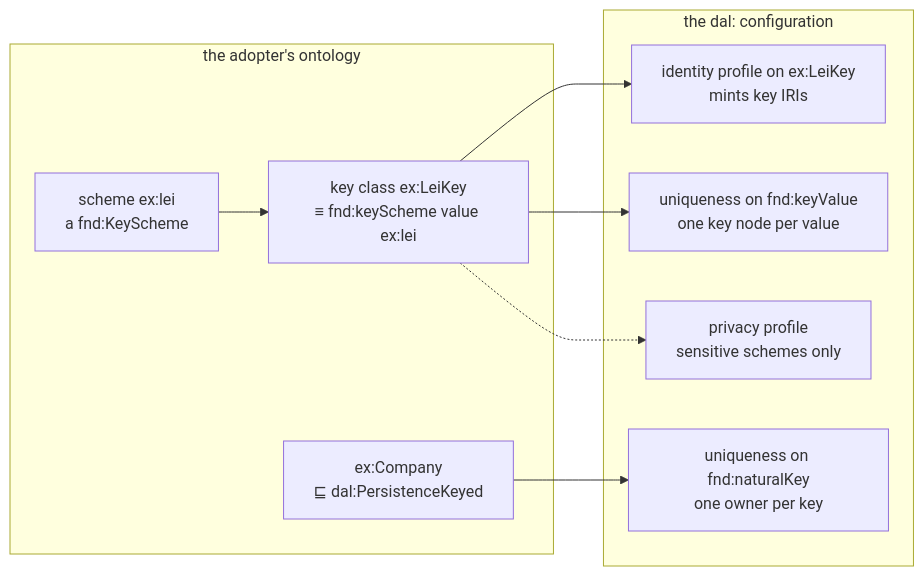
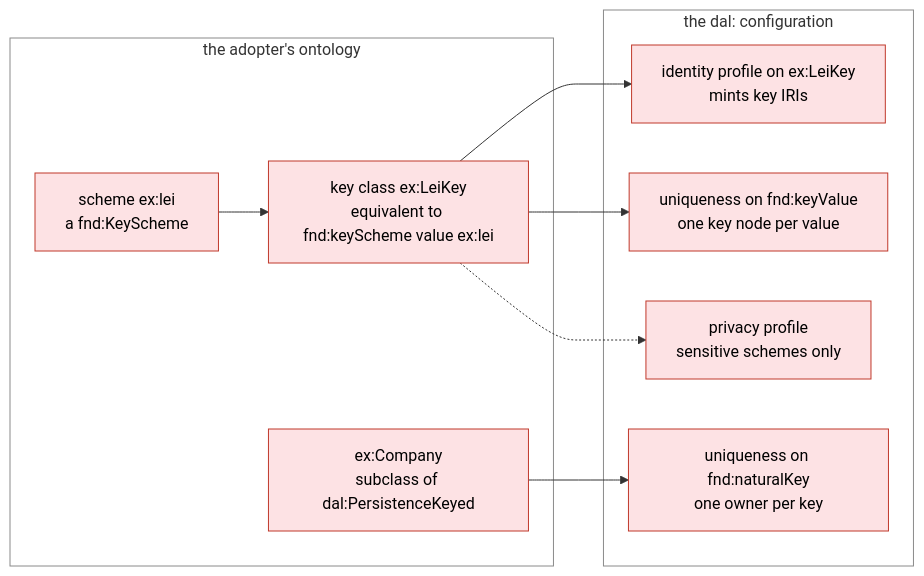
Diagram 17 of 50 in ontology/persistence/README.md (nebularis/lattice), drawn with Mermaid before and after one commit. The commit also changed other lines of this file and 9 other files, not shown here.

````diff
--- a/ontology/persistence/README.md
+++ b/ontology/persistence/README.md
@@ -1681,19 +1782,22 @@
 ```mermaid
 flowchart LR
     subgraph ONT["the adopter's ontology"]
-        S["scheme ex:lei<br/>a fnd:KeyScheme"]
-        KC["key class ex:LeiKey<br/>≡ fnd:keyScheme value ex:lei"]
-        C["ex:Company<br/>⊑ dal:PersistenceKeyed"]
+        S["scheme ex:lei<br/>a fnd:KeyScheme"]:::author
+        KC["key class ex:LeiKey<br/>equivalent to fnd:keyScheme value ex:lei"]:::author
+        C["ex:Company<br/>subclass of dal:PersistenceKeyed"]:::author
     end
     subgraph CFG["the dal: configuration"]
-        IP["identity profile on ex:LeiKey<br/>mints key IRIs"]
-        KU["uniqueness on fnd:keyValue<br/>one key node per value"]
-        NU["uniqueness on fnd:naturalKey<br/>one owner per key"]
-        PP["privacy profile<br/>sensitive schemes only"]
+        IP["identity profile on ex:LeiKey<br/>mints key IRIs"]:::author
+        KU["uniqueness on fnd:keyValue<br/>one key node per value"]:::author
+        NU["uniqueness on fnd:naturalKey<br/>one owner per key"]:::author
+        PP["privacy profile<br/>sensitive schemes only"]:::author
     end
     S --> KC
     KC --> IP
     KC --> KU
     KC -.-> PP
     C --> NU
+    style ONT fill:none,stroke:#8a8a8a
+    style CFG fill:none,stroke:#8a8a8a
+    classDef author fill:#fde2e4,stroke:#c0392b,color:#000
 ```
````
